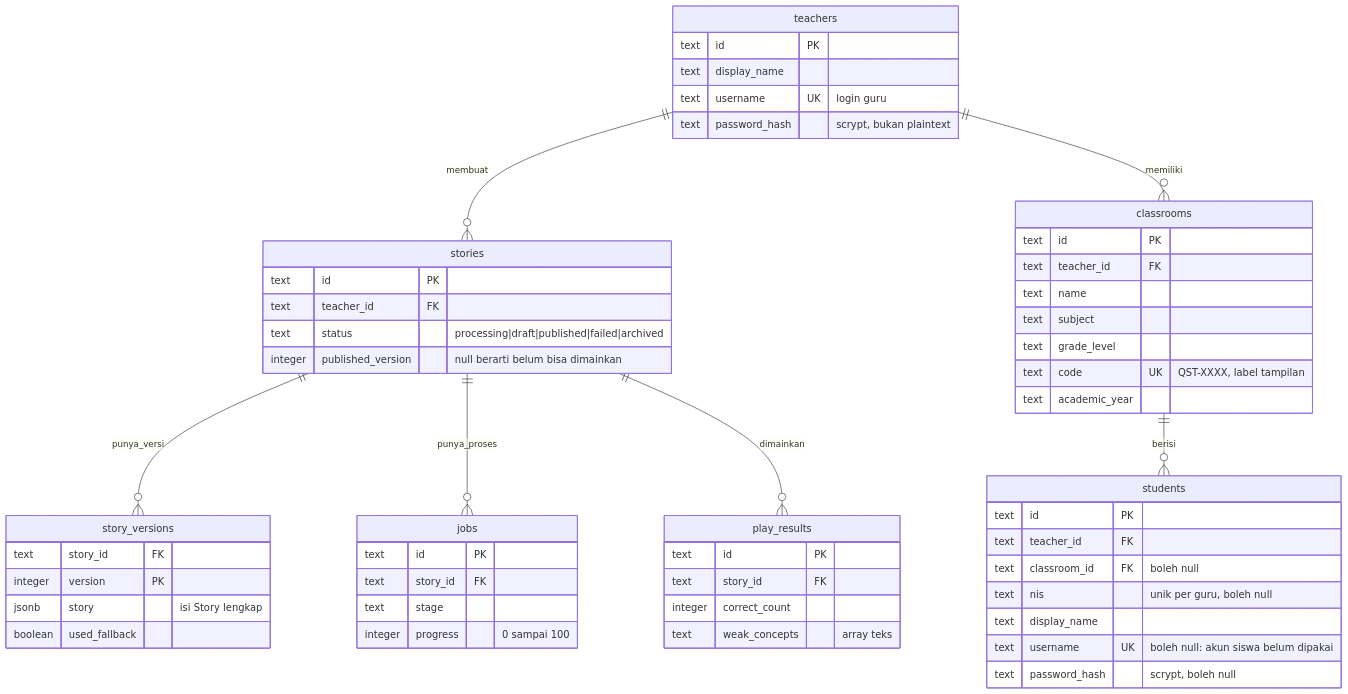
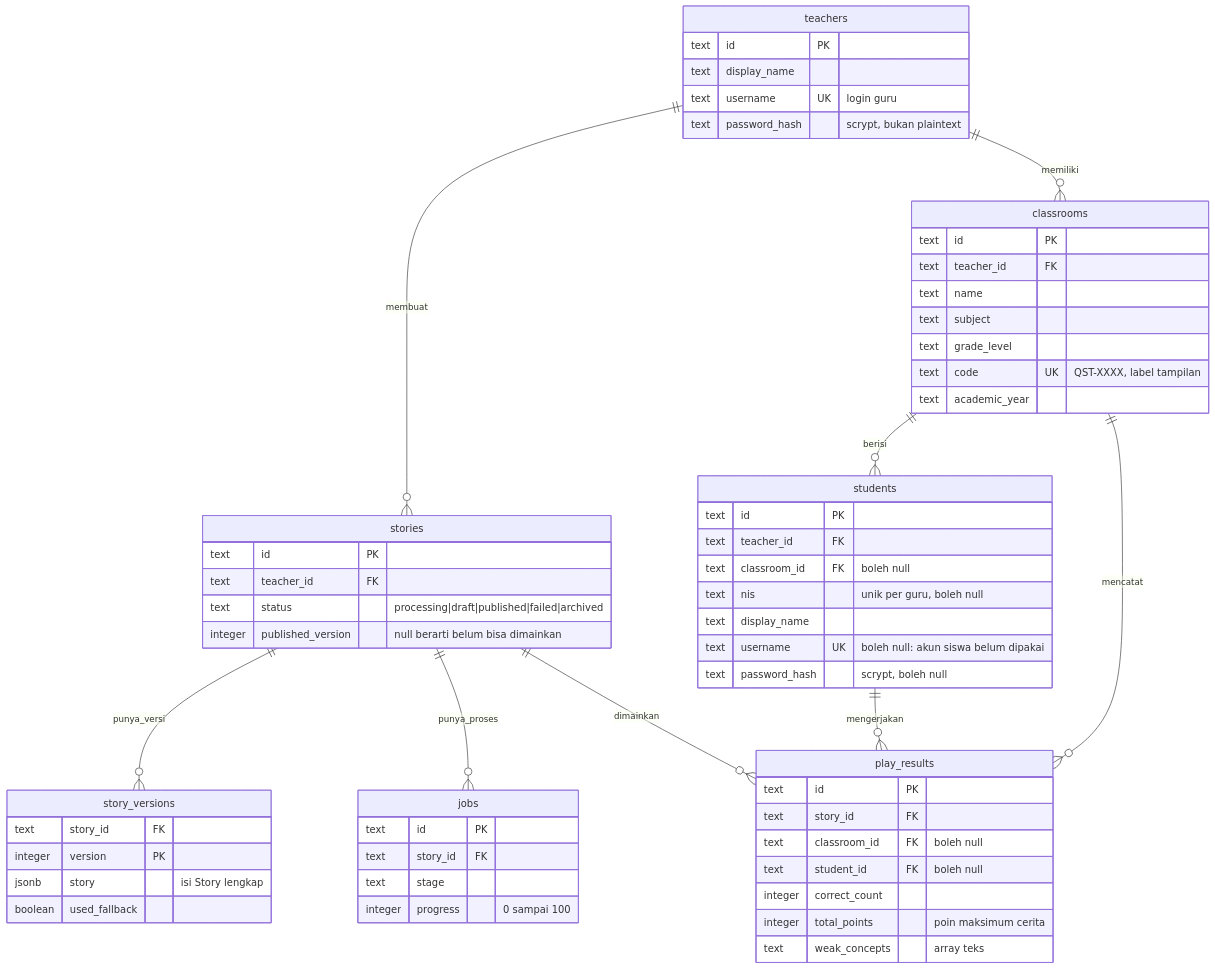
One commit to justeita/ClassQuest changed the first of 2 diagrams in docs/06-backend/persistence.md. Above: the diagram before and after it, drawn with Mermaid. The commit also changed other lines of this file and 6 other files, not shown here.

````diff
--- a/docs/06-backend/persistence.md
+++ b/docs/06-backend/persistence.md
@@ -44,58 +44,63 @@
 ```mermaid
 erDiagram
     teachers ||--o{ stories : membuat
     teachers ||--o{ classrooms : memiliki
     classrooms ||--o{ students : berisi
+    classrooms ||--o{ play_results : mencatat
+    students ||--o{ play_results : mengerjakan
     stories ||--o{ story_versions : punya_versi
     stories ||--o{ jobs : punya_proses
     stories ||--o{ play_results : dimainkan
 
     teachers {
         text id PK
         text display_name
         text username UK "login guru"
         text password_hash "scrypt, bukan plaintext"
     }
     classrooms {
         text id PK
         text teacher_id FK
         text name
         text subject
         text grade_level
         text code UK "QST-XXXX, label tampilan"
         text academic_year
     }
     students {
         text id PK
         text teacher_id FK
         text classroom_id FK "boleh null"
         text nis "unik per guru, boleh null"
         text display_name
         text username UK "boleh null: akun siswa belum dipakai"
         text password_hash "scrypt, boleh null"
     }
     stories {
         text id PK
         text teacher_id FK
         text status "processing|draft|published|failed|archived"
         integer published_version "null berarti belum bisa dimainkan"
     }
     story_versions {
         text story_id FK
         integer version PK
         jsonb story "isi Story lengkap"
         boolean used_fallback
     }
     jobs {
         text id PK
         text story_id FK
         text stage
         integer progress "0 sampai 100"
     }
     play_results {
         text id PK
         text story_id FK
+        text classroom_id FK "boleh null"
+        text student_id FK "boleh null"
         integer correct_count
+        integer total_points "poin maksimum cerita"
         text weak_concepts "array teks"
     }
 ```
````
